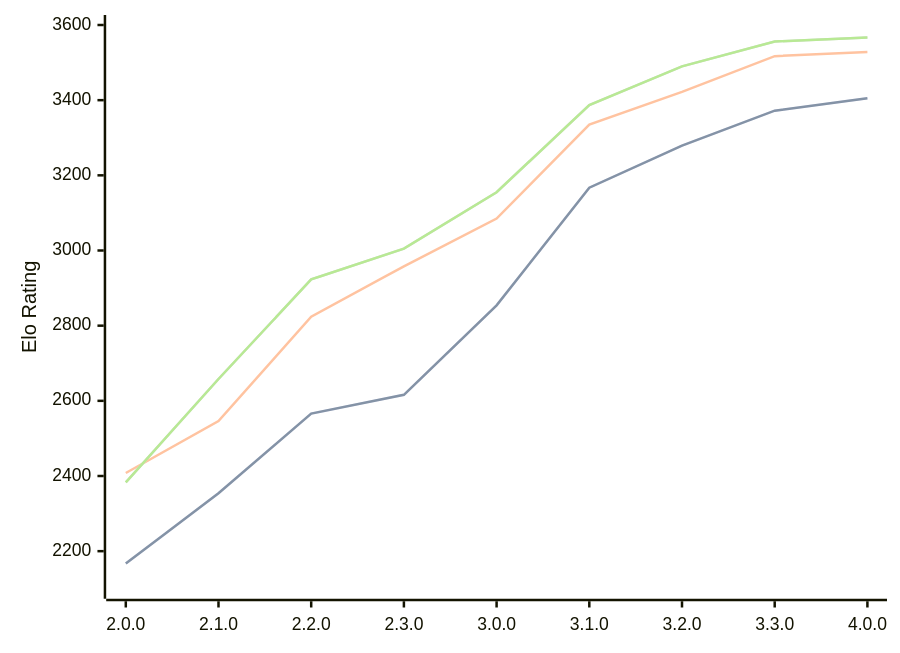
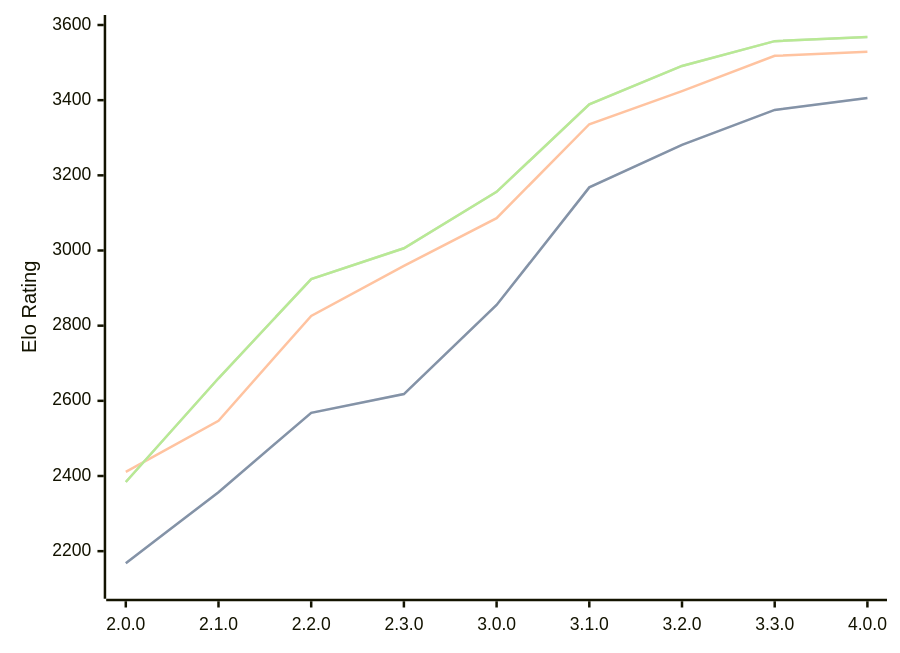
Before and after one commit to computer-chess-index/cci: the diagram in engines/Raphael.md, drawn with Mermaid. The commit also changed other lines of this file, not shown here.

Commit message:
Update CCI Ratings (ELO VLTC) - 2026-05-16

````diff
--- a/engines/Raphael.md
+++ b/engines/Raphael.md
@@ -51,11 +51,11 @@
 ```mermaid
 %%{init: {"theme":"base","themeVariables":{"seriesColors:['#a3a3a3','#222221','#faa371']}}}%%
 xychart-beta
   x-axis ["2.0.0", "2.1.0", "2.2.0", "2.3.0", "3.0.0", "3.1.0", "3.2.0", "3.3.0", "4.0.0"]
   y-axis "Elo Rating" 2100 --> 3600
-  line "STC (8.0+0.08s)" [2167, 2354, 2566, 2616, 2854, 3167, 3279, 3372, 3405]
-  line "STC (8.0+0.08s)" [2167, 2354, 2566, 2616, 2854, 3167, 3279, 3372, 3405]
-  line "LTC (60.0+0.60s)" [2408, 2546, 2824, 2958, 3085, 3335, 3422, 3517, 3528]
-  line "VLTC (2m24s+1.12s)" [2383, 2658, 2923, 3005, 3155, 3387, 3490, 3556, 3567]
-  line "VLTC (2m24s+1.12s)" [2383, 2658, 2923, 3005, 3155, 3387, 3490, 3556, 3567]
+  line "STC (8.0+0.08s)" [2168, 2357, 2568, 2618, 2855, 3168, 3281, 3374, 3406]
+  line "STC (8.0+0.08s)" [2168, 2357, 2568, 2618, 2855, 3168, 3281, 3374, 3406]
+  line "LTC (60.0+0.60s)" [2411, 2547, 2826, 2959, 3086, 3336, 3424, 3518, 3529]
+  line "VLTC (2m24s+1.12s)" [2384, 2660, 2924, 3006, 3156, 3389, 3491, 3557, 3568]
+  line "VLTC (2m24s+1.12s)" [2384, 2660, 2924, 3006, 3156, 3389, 3491, 3557, 3568]
 ```
````
